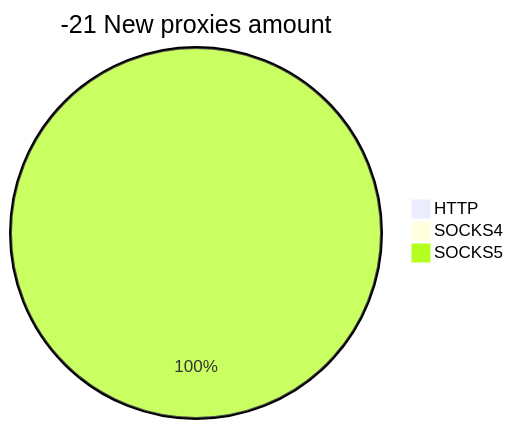
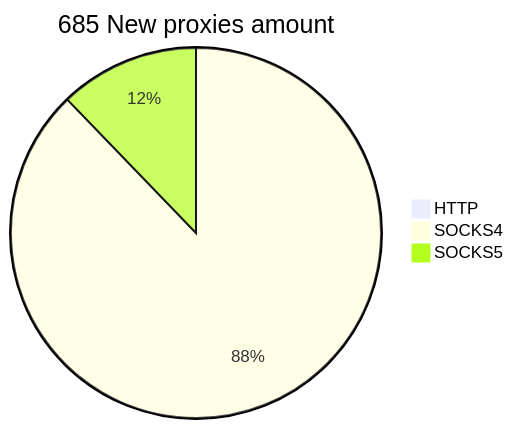
The second of 2 diagrams in README.md (cutipu/proxylist), drawn with Mermaid before and after one commit. The commit also changed other lines of this file, not shown here.

````diff
--- a/README.md
+++ b/README.md
@@ -10,6 +10,6 @@
 ```mermaid
-pie title -21 New proxies amount
+pie title 685 New proxies amount
     "HTTP" : 0
-    "SOCKS4" : 0
-    "SOCKS5" : 3
+    "SOCKS4" : 647
+    "SOCKS5" : 90
 ```
````
